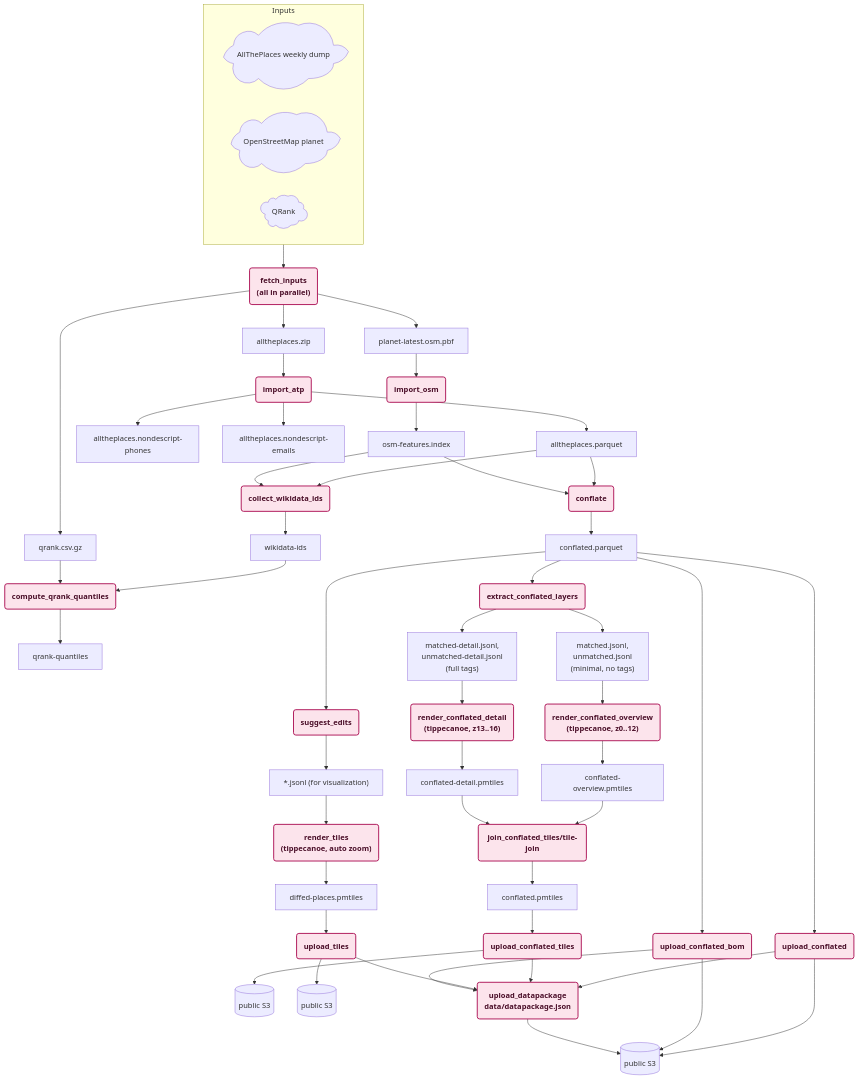
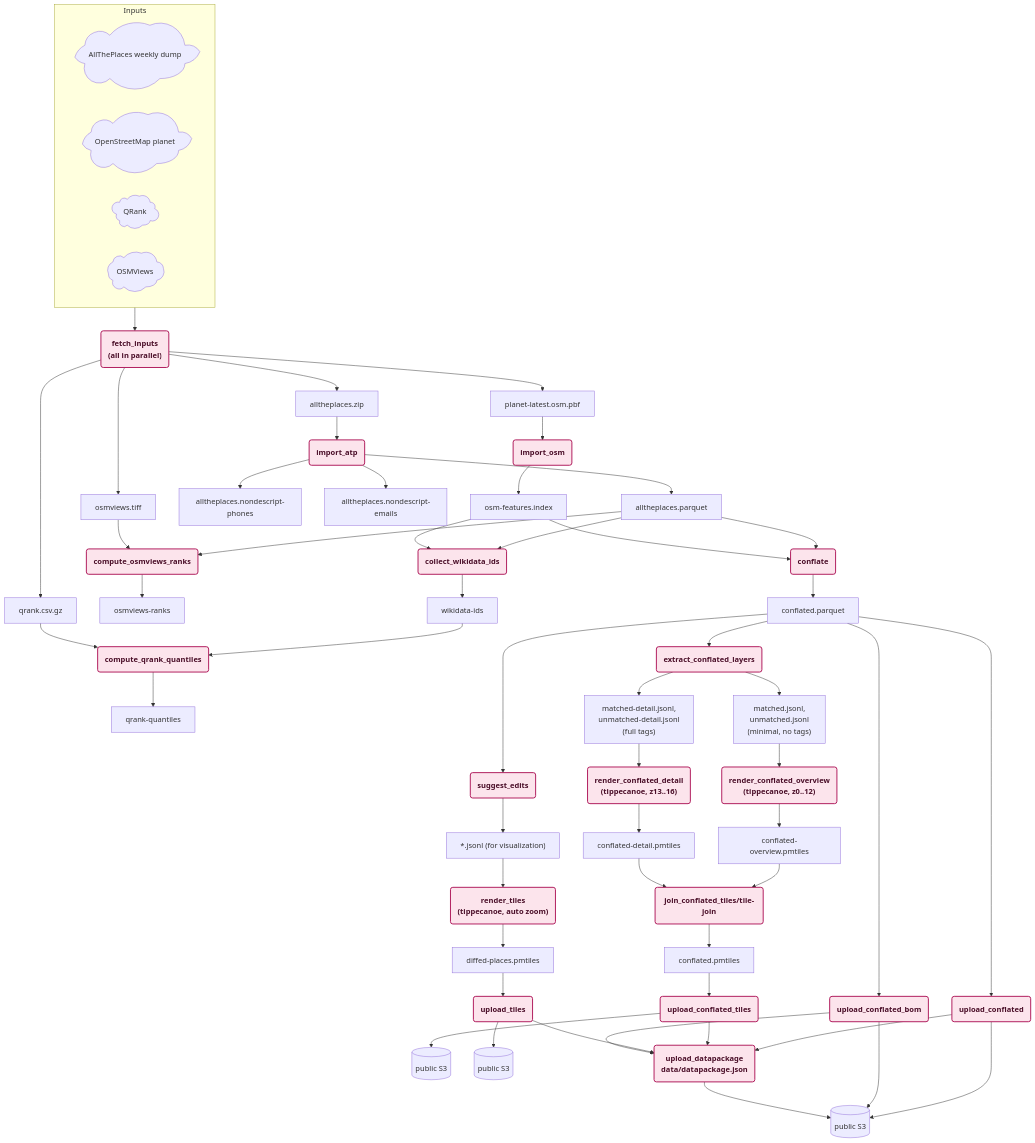
Before and after one commit to brawer/osmdiffs: the diagram in docs/TECHNICAL_DESIGN.md, drawn with Mermaid. The commit also changed other lines of this file and 10 other files, not shown here.

First line of the commit message:
feat: compute OSMViews ranks for AllThePlaces locations (#851)

````diff
--- a/docs/TECHNICAL_DESIGN.md
+++ b/docs/TECHNICAL_DESIGN.md
@@ -177,56 +177,63 @@
 ```mermaid
 graph TD
     ATP_SRC@{ shape: cloud, label: "AllThePlaces weekly dump" }
     OSM_SRC@{ shape: cloud, label: "OpenStreetMap planet" }
     QRANK_SRC@{ shape: cloud, label: "QRank" }
+    OSMVIEWS_SRC@{ shape: cloud, label: "OSMViews" }
 
     subgraph INPUTS [Inputs]
         ATP_SRC
         OSM_SRC
         QRANK_SRC
+        OSMVIEWS_SRC
     end
     INPUTS --> FETCH_INPUTS("fetch_inputs<br/>(all in parallel)")
     FETCH_INPUTS --> ATP_ZIP[alltheplaces.zip]
     FETCH_INPUTS --> OSM_PBF[planet-latest.osm.pbf]
     FETCH_INPUTS --> QRANK_CSV[qrank.csv.gz]
+    FETCH_INPUTS --> OSMVIEWS_TIFF[osmviews.tiff]
 
     ATP_ZIP --> IMPORT_ATP(import_atp) --> ATP_PARQUET[alltheplaces.parquet]
     IMPORT_ATP --> NONDESCRIPT_PHONES[alltheplaces.nondescript-phones]
     IMPORT_ATP --> NONDESCRIPT_EMAILS[alltheplaces.nondescript-emails]
+    ATP_PARQUET --> OSMVIEWS_RANKS(compute_osmviews_ranks)
+    OSMVIEWS_TIFF --> OSMVIEWS_RANKS
+    OSMVIEWS_RANKS --> OSMVIEWS_R[osmviews-ranks]
+
     OSM_PBF --> IMPORT_OSM(import_osm) --> OSM_INDEX[osm-features.index]
 
     ATP_PARQUET --> COLLECT_WIKI(collect_wikidata_ids)
     OSM_INDEX --> COLLECT_WIKI
     COLLECT_WIKI --> WIKIDATA[wikidata-ids]
     WIKIDATA --> QRANK_QUANTILES(compute_qrank_quantiles)
     QRANK_CSV --> QRANK_QUANTILES
     QRANK_QUANTILES --> QRANK_Q[qrank-quantiles]
 
     ATP_PARQUET --> CONFLATE(conflate)
     OSM_INDEX --> CONFLATE
     CONFLATE --> CONFLATED[conflated.parquet]
     CONFLATED --> UPLOAD_CONFLATED(upload_conflated) --> S3A[("public S3")]
 
     CONFLATED --> EXTRACT_CONFLATED_LAYERS(extract_conflated_layers)
     EXTRACT_CONFLATED_LAYERS --> OVERVIEW_LAYERS["matched.jsonl,<br/>unmatched.jsonl<br/>(minimal, no tags)"]
     EXTRACT_CONFLATED_LAYERS --> DETAIL_LAYERS["matched-detail.jsonl,<br/>unmatched-detail.jsonl<br/>(full tags)"]
     OVERVIEW_LAYERS --> RENDER_CONFLATED_OVERVIEW("render_conflated_overview<br/>(tippecanoe, z0..12)") --> OVERVIEW_PMTILES[conflated-overview.pmtiles]
     DETAIL_LAYERS --> RENDER_CONFLATED_DETAIL("render_conflated_detail<br/>(tippecanoe, z13..16)") --> DETAIL_PMTILES[conflated-detail.pmtiles]
     OVERVIEW_PMTILES --> JOIN_CONFLATED_TILES(join_conflated_tiles/tile-join)
     DETAIL_PMTILES --> JOIN_CONFLATED_TILES
     JOIN_CONFLATED_TILES --> CONFLATED_PMTILES[conflated.pmtiles]
     CONFLATED_PMTILES --> UPLOAD_CONFLATED_TILES(upload_conflated_tiles) --> S3C[("public S3")]
 
     CONFLATED --> SUGGEST_EDITS(suggest_edits) --> LAYERS["*.jsonl (for visualization)"]
     LAYERS --> RENDER_TILES("render_tiles<br/>(tippecanoe, auto zoom)") --> PMTILES[diffed-places.pmtiles]
     PMTILES --> UPLOAD_TILES(upload_tiles) --> S3B[("public S3")]
 
     CONFLATED --> UPLOAD_BOM(upload_conflated_bom) --> S3A
     UPLOAD_CONFLATED --> UPLOAD_DATAPACKAGE
     UPLOAD_CONFLATED_TILES --> UPLOAD_DATAPACKAGE
     UPLOAD_TILES --> UPLOAD_DATAPACKAGE
     UPLOAD_BOM --> UPLOAD_DATAPACKAGE(upload_datapackage<br/>data/datapackage.json) --> S3A
 
     classDef process fill:#fce4ec,stroke:#ad1457,stroke-width:2px,color:#4a0e28,font-weight:bold;
-    class FETCH_INPUTS,IMPORT_ATP,COLLECT_WIKI,QRANK_QUANTILES,IMPORT_OSM,CONFLATE,UPLOAD_CONFLATED,EXTRACT_CONFLATED_LAYERS,RENDER_CONFLATED_OVERVIEW,RENDER_CONFLATED_DETAIL,JOIN_CONFLATED_TILES,UPLOAD_CONFLATED_TILES,SUGGEST_EDITS,RENDER_TILES,UPLOAD_TILES,UPLOAD_BOM,UPLOAD_DATAPACKAGE process;
+    class FETCH_INPUTS,IMPORT_ATP,OSMVIEWS_RANKS,COLLECT_WIKI,QRANK_QUANTILES,IMPORT_OSM,CONFLATE,UPLOAD_CONFLATED,EXTRACT_CONFLATED_LAYERS,RENDER_CONFLATED_OVERVIEW,RENDER_CONFLATED_DETAIL,JOIN_CONFLATED_TILES,UPLOAD_CONFLATED_TILES,SUGGEST_EDITS,RENDER_TILES,UPLOAD_TILES,UPLOAD_BOM,UPLOAD_DATAPACKAGE process;
 ```
````
